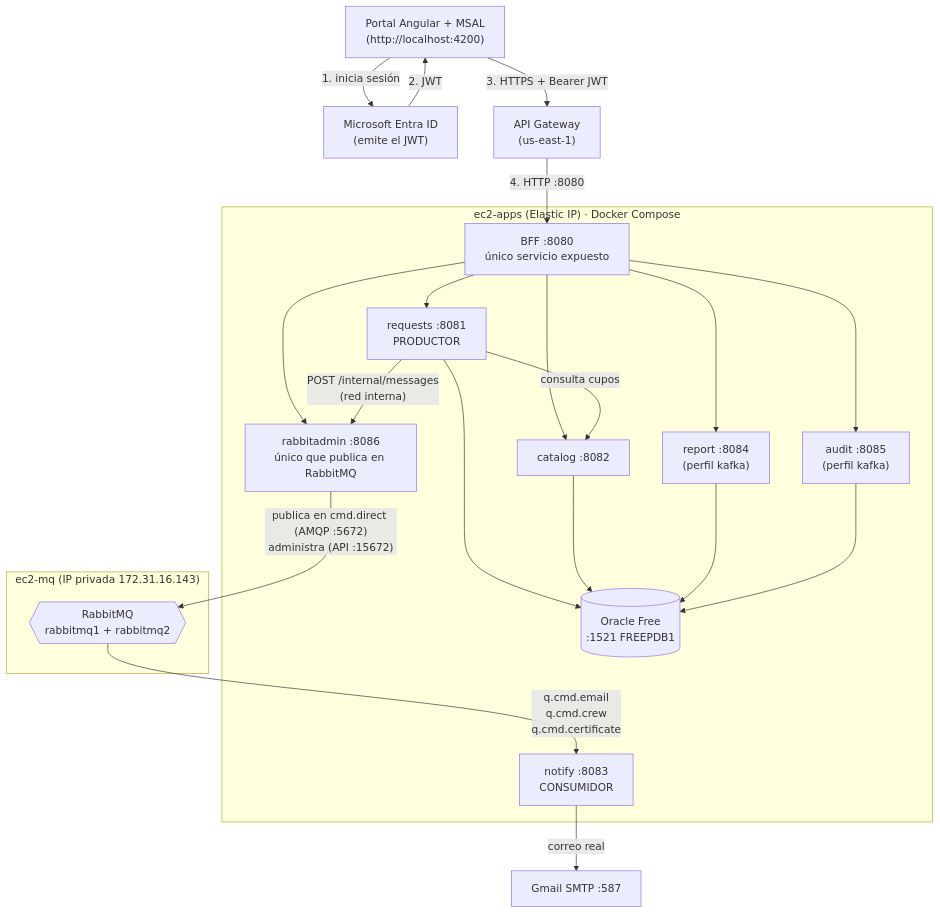
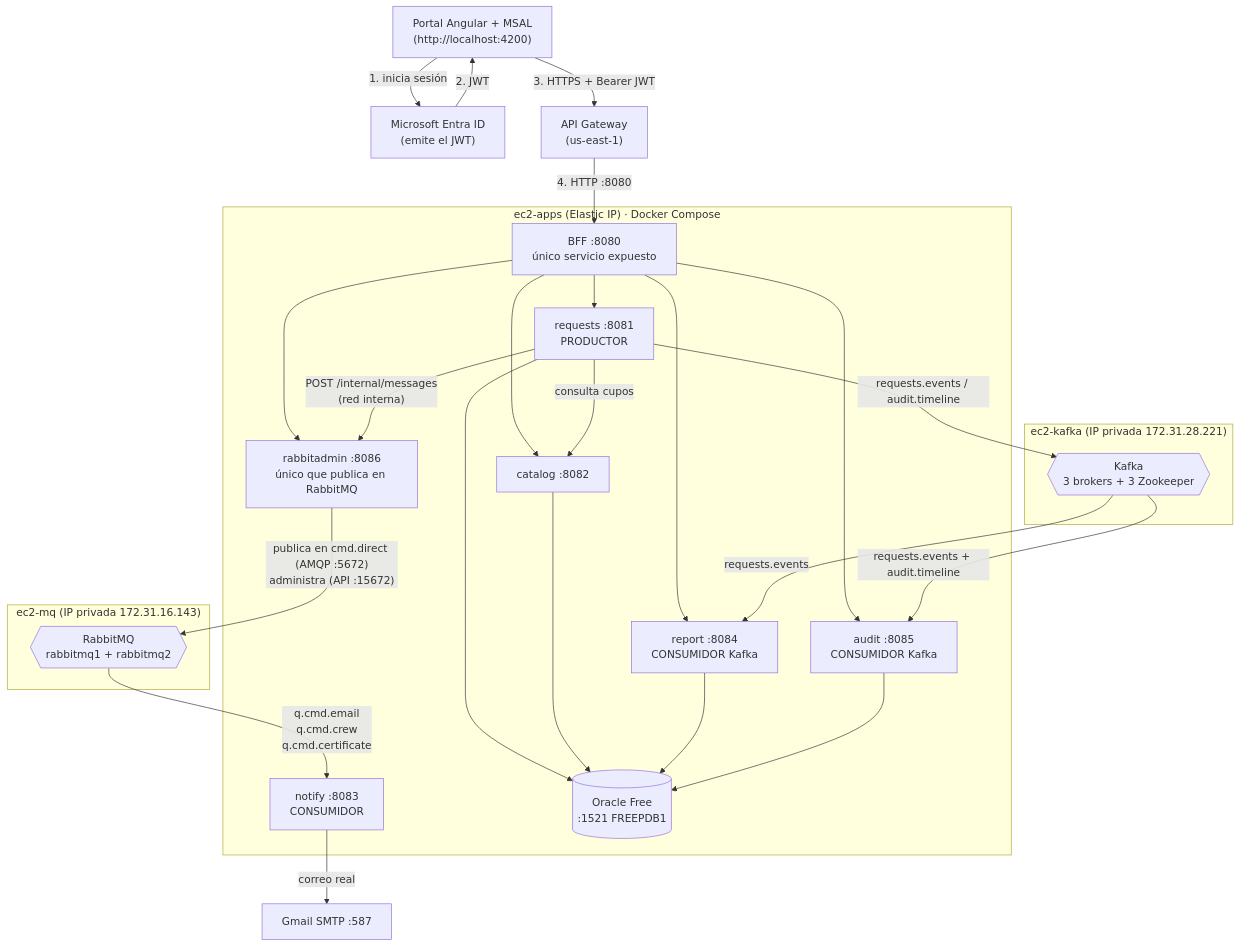
One commit to ManuelCaceresDuocUC/barriodigital-infra changed the diagram in README.md. Above: the diagram before and after it, drawn with Mermaid. The commit also changed other lines of this file and 1 other file, not shown here.

First line of the commit message:
feat: report y audit se activan en ec2-apps con Kafka (#79)

````diff
--- a/README.md
+++ b/README.md
@@ -39,42 +39,49 @@
 ```mermaid
 flowchart TB
     portal["Portal Angular + MSAL<br/>(http://localhost:4200)"]
     entra["Microsoft Entra ID<br/>(emite el JWT)"]
     apigw["API Gateway<br/>(us-east-1)"]
     gmail["Gmail SMTP :587"]
 
     portal -- "1. inicia sesión" --> entra
     entra -- "2. JWT" --> portal
     portal -- "3. HTTPS + Bearer JWT" --> apigw
 
     subgraph ec2apps["ec2-apps (Elastic IP) · Docker Compose"]
         bff["BFF :8080<br/>único servicio expuesto"]
         req["requests :8081<br/>PRODUCTOR"]
         cat["catalog :8082"]
         notify["notify :8083<br/>CONSUMIDOR"]
         radm["rabbitadmin :8086<br/>único que publica en RabbitMQ"]
-        rep["report :8084<br/>(perfil kafka)"]
-        aud["audit :8085<br/>(perfil kafka)"]
+        rep["report :8084<br/>CONSUMIDOR Kafka"]
+        aud["audit :8085<br/>CONSUMIDOR Kafka"]
         ora[("Oracle Free<br/>:1521 FREEPDB1")]
+    end
+
+    subgraph ec2kafka["ec2-kafka (IP privada 172.31.28.221)"]
+        kfk{{"Kafka<br/>3 brokers + 3 Zookeeper"}}
     end
 
     subgraph ec2mq["ec2-mq (IP privada 172.31.16.143)"]
         rmq{{"RabbitMQ<br/>rabbitmq1 + rabbitmq2"}}
     end
 
     apigw -- "4. HTTP :8080" --> bff
     bff --> req
     bff --> cat
     bff --> radm
     bff --> rep
     bff --> aud
+    req -- "requests.events / audit.timeline" --> kfk
+    kfk -- "requests.events" --> rep
+    kfk -- "requests.events + audit.timeline" --> aud
     req -- "consulta cupos" --> cat
     req --> ora
     cat --> ora
     rep --> ora
     aud --> ora
     req -- "POST /internal/messages<br/>(red interna)" --> radm
     rmq -- "q.cmd.email<br/>q.cmd.crew<br/>q.cmd.certificate" --> notify
     radm -- "publica en cmd.direct (AMQP :5672)<br/>administra (API :15672)" --> rmq
     notify -- "correo real" --> gmail
 ```
````
